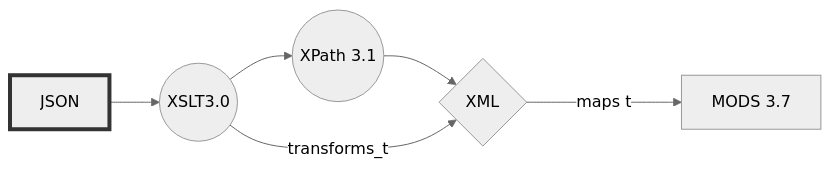
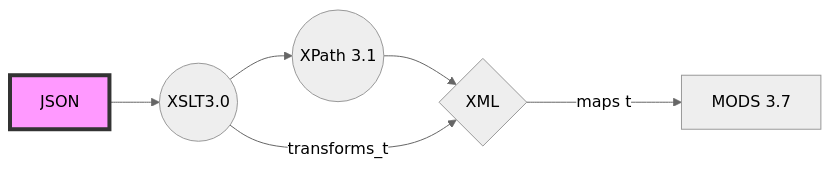
The second of 4 diagrams in ReadMe.md (CarlosMartinez-USDA/json-to-xml), drawn with Mermaid (neutral theme) before and after one commit. The commit also changed other lines of this file, not shown here.

Commit message:
ReadMe.md updated from https://stackedit.io/

````diff
--- a/ReadMe.md
+++ b/ReadMe.md
@@ -22,8 +22,8 @@
 ```mermaid
 graph LR
 A[JSON] --> B((XSLT3.0))
 B-->B.1((XPath 3.1))-->C
 B --transforms_to--> C{XML}
 C --maps to--> D[MODS 3.7]
-style A D fill:#f9f,stroke:#333,stroke-width:4px 
+style A fill:#f9f,stroke:#333,stroke-width:4px 
 ```
````
